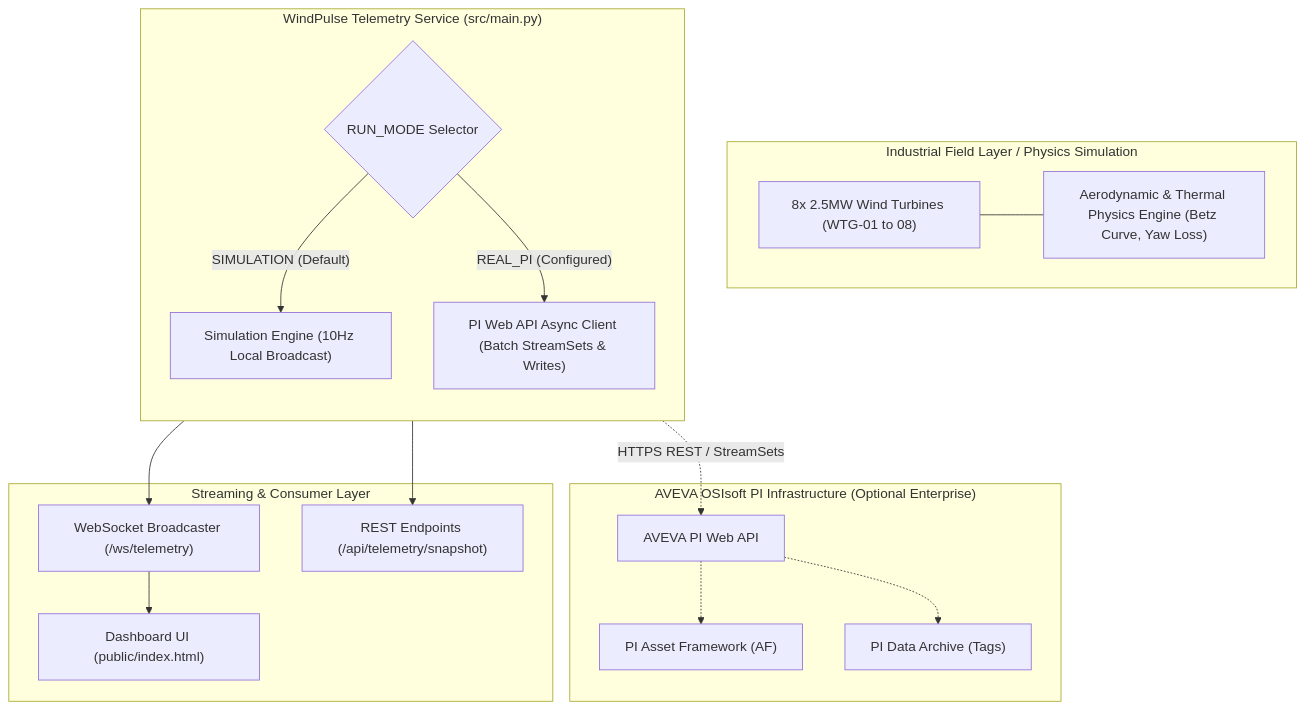
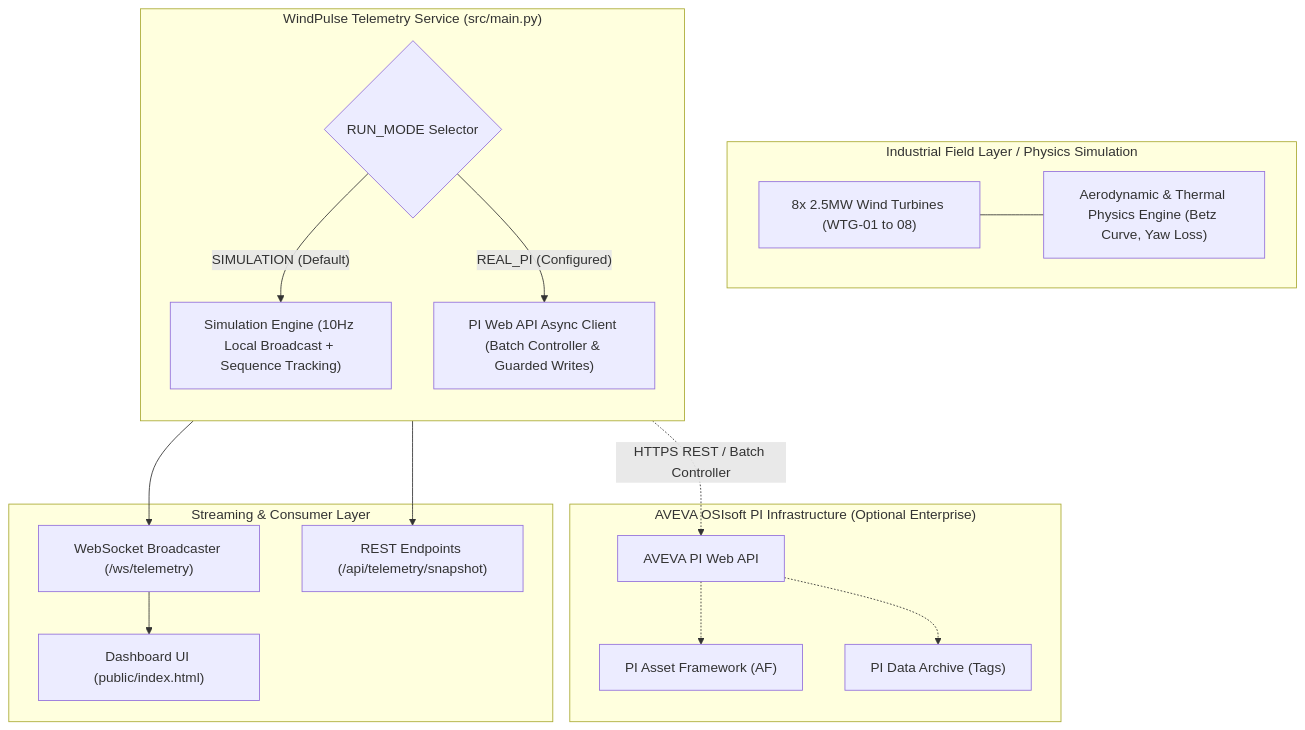
The diagram in README.md (tejashr0716/WindPulse-Aveva-PI-Telemetry), drawn with Mermaid before and after one commit. The commit also changed other lines of this file and 13 other files, not shown here.

First line of the commit message:
fix(pi-client,sim,benchmarks): enforce strict quality guards, health probes, and truthful benchmarks

````diff
--- a/README.md
+++ b/README.md
@@ -33,30 +33,30 @@
 ```mermaid
 flowchart TD
     subgraph OT_Layer ["Industrial Field Layer / Physics Simulation"]
         Turbines["8x 2.5MW Wind Turbines (WTG-01 to 08)"]
         Physics["Aerodynamic & Thermal Physics Engine (Betz Curve, Yaw Loss)"]
         Turbines --- Physics
     end
 
     subgraph Dual_Mode_Engine ["WindPulse Telemetry Service (src/main.py)"]
         direction TB
         ModeRouter{"RUN_MODE Selector"}
-        SimEngine["Simulation Engine (10Hz Local Broadcast)"]
-        PIClient["PI Web API Async Client (Batch StreamSets & Writes)"]
+        SimEngine["Simulation Engine (10Hz Local Broadcast + Sequence Tracking)"]
+        PIClient["PI Web API Async Client (Batch Controller & Guarded Writes)"]
         
         ModeRouter -->|"SIMULATION (Default)"| SimEngine
         ModeRouter -->|"REAL_PI (Configured)"| PIClient
     end
 
     subgraph AVEVA_PI ["AVEVA OSIsoft PI Infrastructure (Optional Enterprise)"]
-        PIClient -.->|"HTTPS REST / StreamSets"| PIWebAPI["AVEVA PI Web API"]
+        PIClient -.->|"HTTPS REST / Batch Controller"| PIWebAPI["AVEVA PI Web API"]
         PIWebAPI -.-> AF["PI Asset Framework (AF)"]
         PIWebAPI -.-> DA["PI Data Archive (Tags)"]
     end
 
     subgraph Distribution ["Streaming & Consumer Layer"]
         SimEngine --> WSHub["WebSocket Broadcaster (/ws/telemetry)"]
         SimEngine --> REST["REST Endpoints (/api/telemetry/snapshot)"]
         WSHub --> WebBrowser["Dashboard UI (public/index.html)"]
     end
 ```
````
